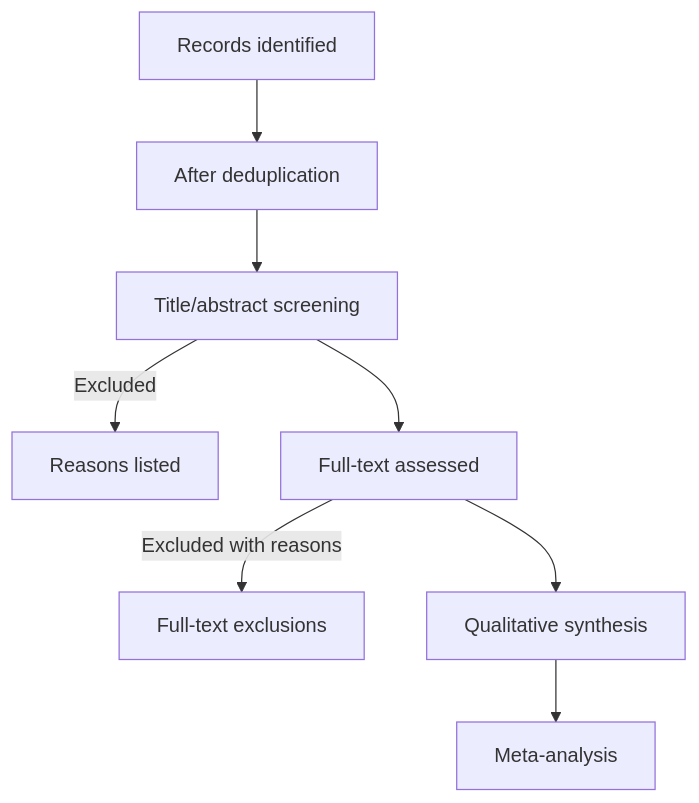
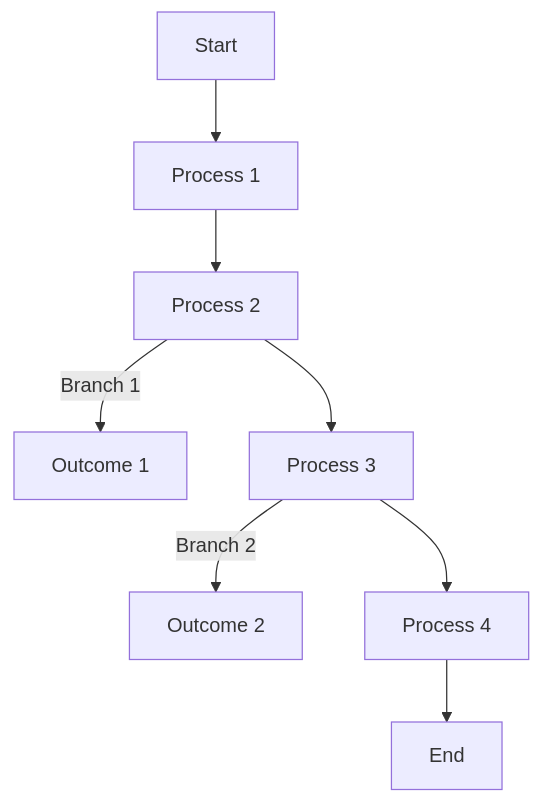
The diagram in docs/_manuscript/test2.qmd (DevInnovationLab/i-h2o-meta), drawn with Mermaid before and after one commit. The commit also changed other lines of this file and 36 other files, not shown here.

````diff
--- a/docs/_manuscript/test2.qmd
+++ b/docs/_manuscript/test2.qmd
@@ -64,10 +63,10 @@
 ```{mermaid}
 flowchart TD
-  A[Records identified] --> B[After deduplication]
-  B --> C[Title/abstract screening]
-  C -->|Excluded| D[Reasons listed]
-  C --> E[Full-text assessed]
-  E -->|Excluded with reasons| F[Full-text exclusions]
-  E --> G[Qualitative synthesis]
-  G --> H[Meta-analysis]
+  A[Start] --> B[Process 1]
+  B --> C[Process 2]
+  C -->|Branch 1| D[Outcome 1]
+  C --> E[Process 3]
+  E -->|Branch 2| F[Outcome 2]
+  E --> G[Process 4]
+  G --> H[End]
 ```
````
